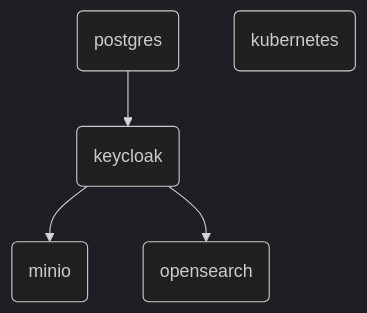
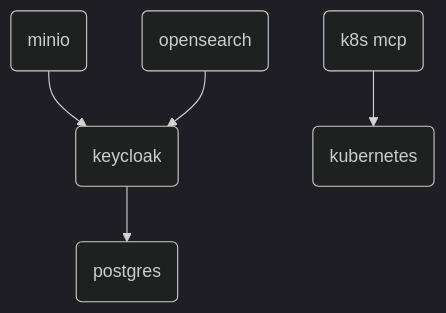
Before and after one commit to fred-agent/deployment-factory: the diagram in README.md, drawn with Mermaid (dark theme). The commit also changed other lines of this file and 2 other files, not shown here.

Commit message:
feat: Add docker-compose for k8s-mcp

````diff
--- a/README.md
+++ b/README.md
@@ -38,7 +38,7 @@
 ```mermaid
 graph TB
-E(postgres) --> A(keycloak)
-A(keycloak) --> B(minio)
-A(keycloak) --> C(opensearch)
-D(kubernetes)
+A(keycloak) --> E(postgres)
+B(minio) --> A(keycloak)
+C(opensearch) --> A(keycloak)
+F(k8s mcp) --> G(kubernetes)
 ```
````
